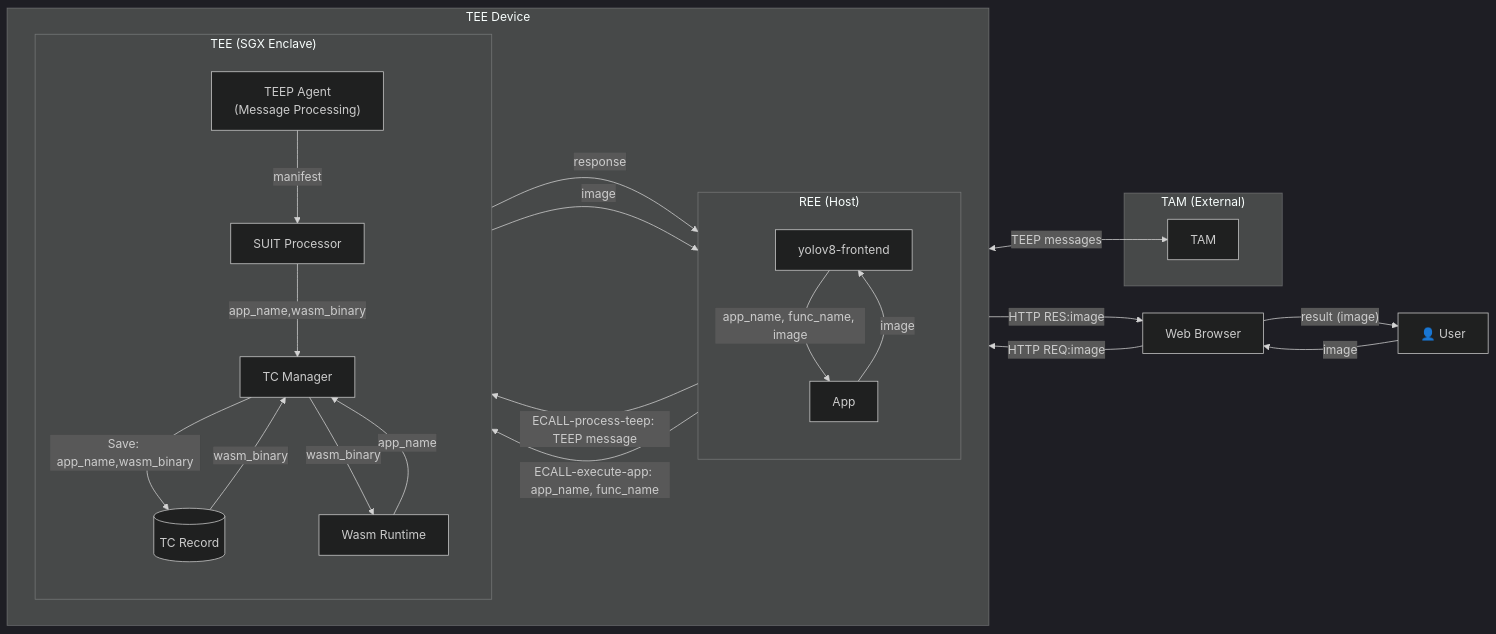
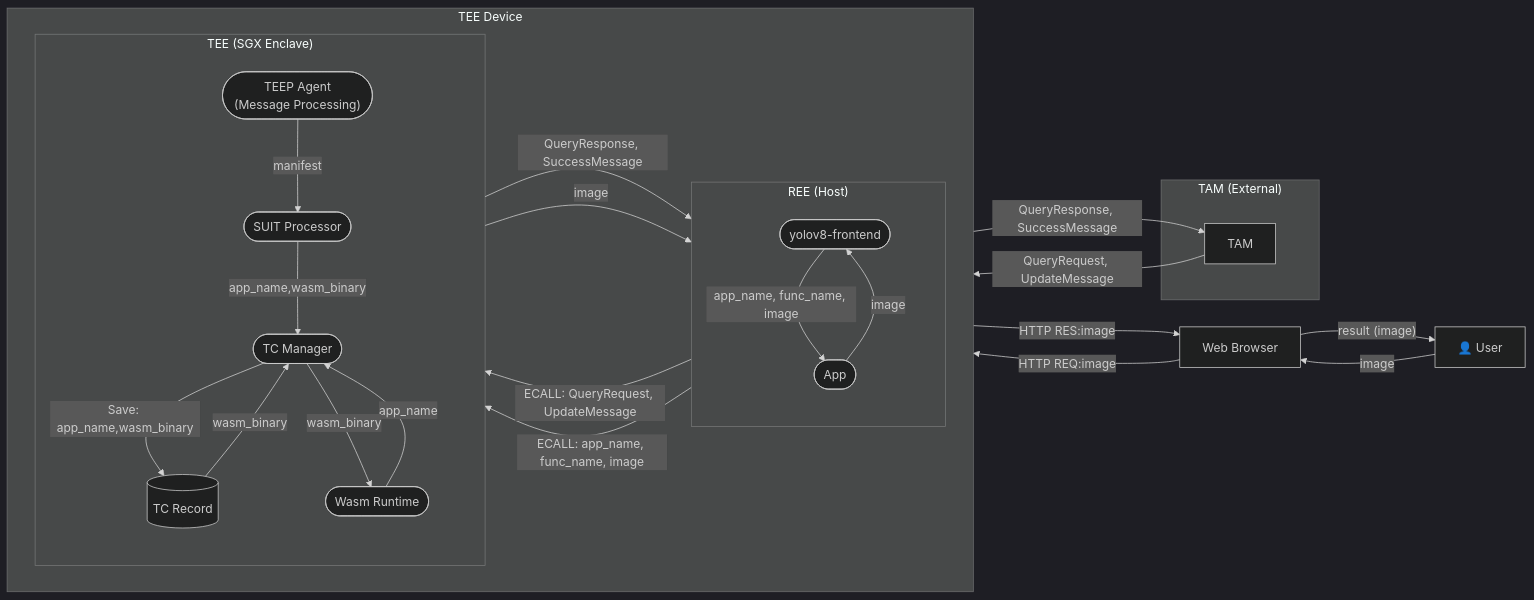
One commit to yuma-nishi/taws changed the diagram in doc/InternalDesignDocument.md. Above: the diagram before and after it, drawn with Mermaid (dark theme). The commit also changed other lines of this file and 18 other files, not shown here.

````diff
--- a/doc/InternalDesignDocument.md
+++ b/doc/InternalDesignDocument.md
@@ -23,59 +23,60 @@
 ```mermaid
 flowchart LR
 
 %% =============== External ===============
 User["👤 User"]
 Browser["Web Browser"]
 
 subgraph TAM["TAM (External)"]
   TAMNode["TAM"]
 end
 
 %% =============== TEE Device ===============
 subgraph Device["TEE Device"]
 direction LR
 
   %% ---- REE ----
   subgraph REE["REE (Host)"]
   direction TB
-    Cmd["yolov8-frontend"]
-    App["App"]
+    Cmd(["yolov8-frontend"])
+    App(["App"])
   end
 
   %% ---- TEE ----
   subgraph TEE["TEE (SGX Enclave)"]
   direction TB
-    Agent["TEEP Agent<br/>(Message Processing)"]
-    Suit["SUIT Processor"]
-    Tc["TC Manager"]
+    Agent(["TEEP Agent<br/>(Message Processing)"])
+    Suit(["SUIT Processor"])
+    Tc(["TC Manager"])
     Tc-record[(TC Record)]
-    Wamr["Wasm Runtime"]
+    Wamr(["Wasm Runtime"])
   end
 end
 
 %% =============== User interactions ===============
 User -->|"image"| Browser
 Browser -->|"HTTP REQ:image"| Cmd
 
 
 %% =============== TEEP message flow ===============
-App <-->|"TEEP messages"| TAMNode
-App -->|"ECALL-process-teep: TEEP message"| Agent
-Agent -->|"response"| App
+TAMNode --> |"QueryRequest, UpdateMessage"|App
+App -->|"QueryResponse, SuccessMessage"| TAMNode
+App -->|"ECALL: QueryRequest, UpdateMessage"| Agent
+Agent -->|"QueryResponse, SuccessMessage"| App
 
 %% =============== SUIT processing flow ===============
 Agent -->|"manifest"| Suit
 Suit -->|"app_name,wasm_binary"| Tc
 Tc -->|"Save: app_name,wasm_binary"| Tc-record
 
 %% =============== Wasm execution (conceptual) ===============
 Cmd -->|"app_name, func_name, image"| App
-App -->|"ECALL-execute-app: app_name, func_name"| Wamr
+App -->|"ECALL: app_name, func_name, image"| Wamr
 Tc-record -->|"wasm_binary"| Tc
 Wamr -->|"app_name"| Tc
 Tc -->|"wasm_binary"| Wamr
 Wamr -->|"image"| App
 App -->|"image"| Cmd
 Cmd -->|"HTTP RES:image"| Browser
 Browser -->|"result (image)"| User
 ```
````
